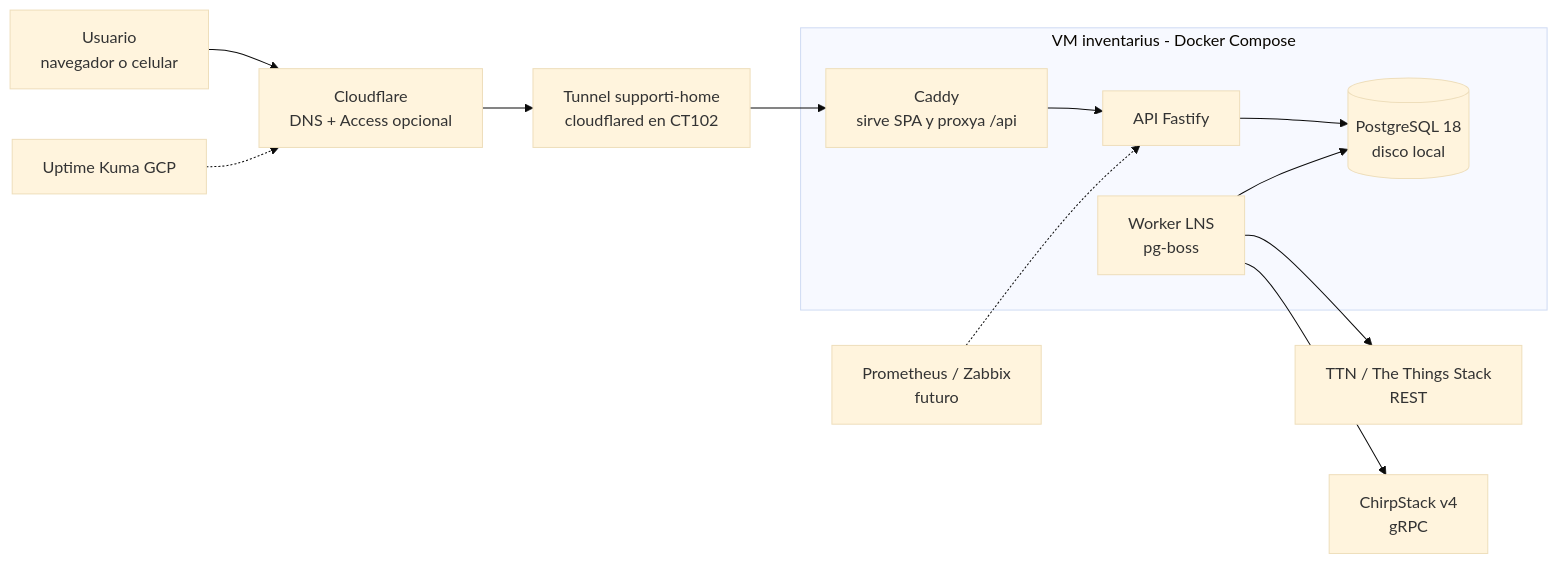
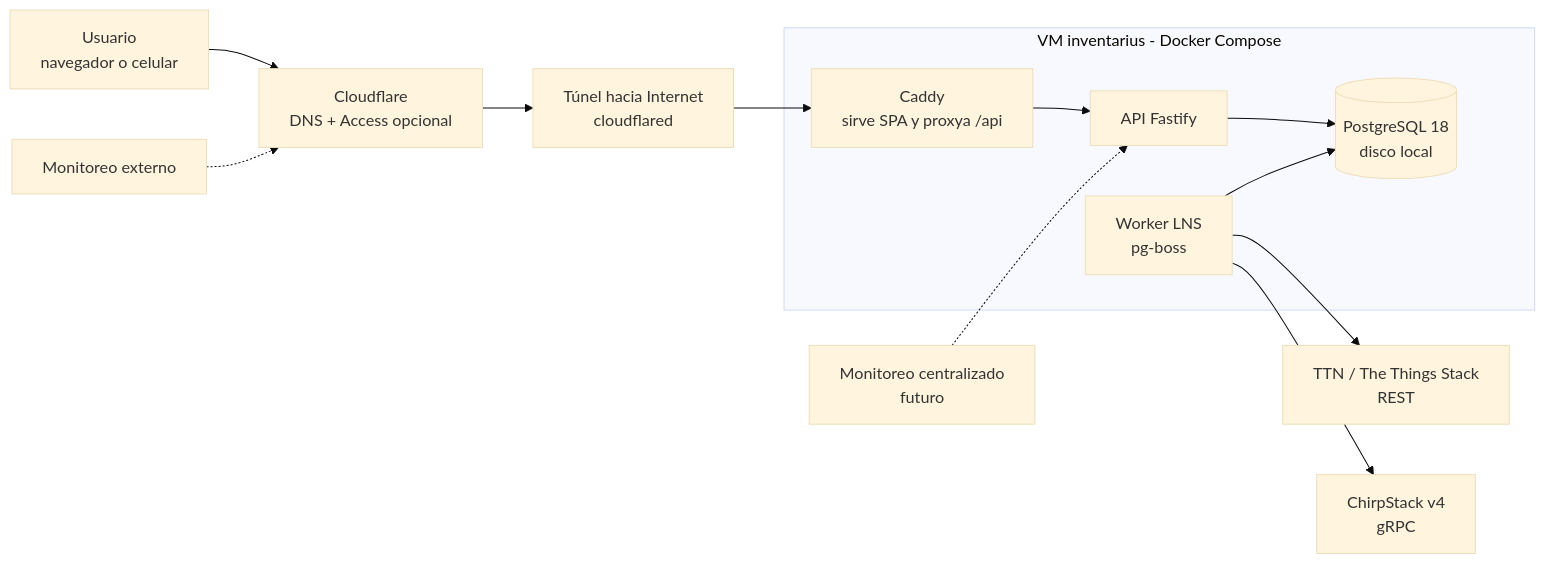
The second of 4 diagrams in docs/requirements.md (cvrsed/inventarius), drawn with Mermaid (base theme) before and after one commit. The commit also changed other lines of this file and 4 other files, not shown here.

````diff
--- a/docs/requirements.md
+++ b/docs/requirements.md
@@ -266,15 +266,15 @@
 ```mermaid
 flowchart LR
     U[Usuario<br/>navegador o celular] --> CF[Cloudflare<br/>DNS + Access opcional]
-    CF --> T[Tunnel supporti-home<br/>cloudflared en CT102]
+    CF --> T[Túnel hacia Internet<br/>cloudflared]
     T --> C
     subgraph VM[VM inventarius - Docker Compose]
         C[Caddy<br/>sirve SPA y proxya /api] --> A[API Fastify]
         A --> P[(PostgreSQL 18<br/>disco local)]
         W[Worker LNS<br/>pg-boss] --> P
     end
     W --> TTN[TTN / The Things Stack<br/>REST]
     W --> CS[ChirpStack v4<br/>gRPC]
-    K[Uptime Kuma GCP] -.-> CF
-    M[Prometheus / Zabbix<br/>futuro] -.-> A
+    K[Monitoreo externo] -.-> CF
+    M[Monitoreo centralizado<br/>futuro] -.-> A
 ```
````
